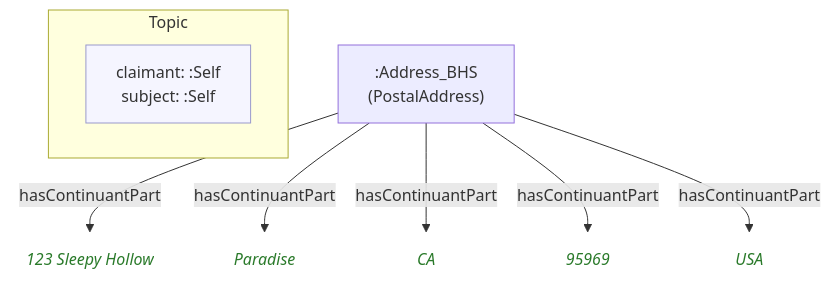
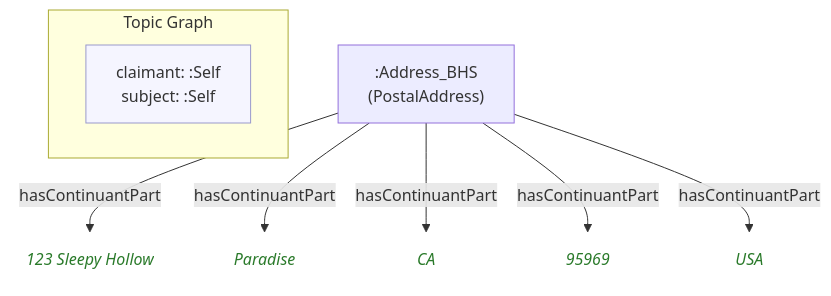
One commit to MeeFoundation/mia-ontologies changed the diagram in example/topics/images/self.self(Boston-Hub-Society)(affiliations)(14).mmd. Above: the diagram before and after it, drawn with Mermaid. The commit also changed 65 other files, not shown here.

First line of the commit message:
Relabel per-topic diagram metadata box "Topic" -> "Topic Graph"

```diff
--- a/example/topics/images/self.self(Boston-Hub-Society)(affiliations)(14).mmd
+++ b/example/topics/images/self.self(Boston-Hub-Society)(affiliations)(14).mmd
@@ -1,24 +1,24 @@
 flowchart TD
     classDef person fill:#fffacd,stroke:#aaa,color:#333
     classDef grp    fill:#d4edda,stroke:#aaa,color:#333
     classDef org    fill:#cce5ff,stroke:#aaa,color:#333
     classDef lit    fill:none,stroke:none,font-style:italic,color:#2a7a2a
     classDef meta   fill:#f5f5ff,stroke:#9999cc,color:#333
 
-    subgraph ctx["Topic"]
+    subgraph ctx["Topic Graph"]
         direction LR
         ctx_meta["claimant: :Self\nsubject: :Self"]:::meta
     end
 
     nbb363374209c[":Address_BHS\n(PostalAddress)"]
-    nf6bcd6333282("123 Sleepy Hollow"):::lit
-    n8d4be0743f9b("Paradise"):::lit
-    na55f125aa40a("CA"):::lit
-    nbcbc4da17527("95969"):::lit
-    n43696f28f88d("USA"):::lit
+    n8add0abf603e("123 Sleepy Hollow"):::lit
+    n804055110c11("Paradise"):::lit
+    n154189b94638("CA"):::lit
+    n795f512a21e1("95969"):::lit
+    n19fc2ae030b8("USA"):::lit
 
-    nbb363374209c -->|"hasContinuantPart"| nf6bcd6333282
-    nbb363374209c -->|"hasContinuantPart"| n8d4be0743f9b
-    nbb363374209c -->|"hasContinuantPart"| na55f125aa40a
-    nbb363374209c -->|"hasContinuantPart"| nbcbc4da17527
-    nbb363374209c -->|"hasContinuantPart"| n43696f28f88d
+    nbb363374209c -->|"hasContinuantPart"| n8add0abf603e
+    nbb363374209c -->|"hasContinuantPart"| n804055110c11
+    nbb363374209c -->|"hasContinuantPart"| n154189b94638
+    nbb363374209c -->|"hasContinuantPart"| n795f512a21e1
+    nbb363374209c -->|"hasContinuantPart"| n19fc2ae030b8
```
